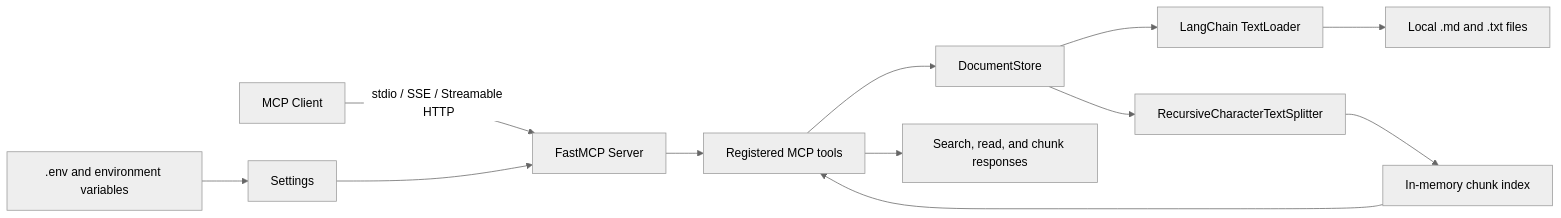
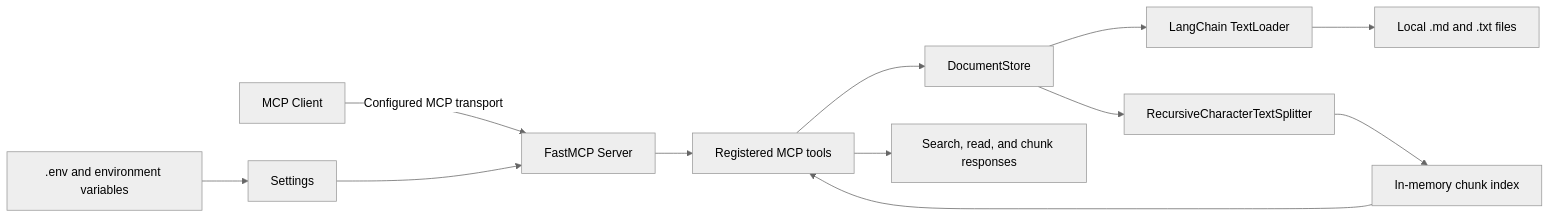
One commit to thomassuedbroecker/chaindocs_MCP_example changed the diagram in README.md. Above: the diagram before and after it, drawn with Mermaid (neutral theme). The commit also changed other lines of this file and 7 other files, not shown here.

````diff
--- a/README.md
+++ b/README.md
@@ -7,14 +7,14 @@
 ```mermaid
 flowchart LR
-    A[MCP Client] -->|stdio / SSE / Streamable HTTP| B[FastMCP Server]
+    A[MCP Client] -->|Configured MCP transport| B[FastMCP Server]
     C[.env and environment variables] --> D[Settings]
     D --> B
     B --> E[Registered MCP tools]
     E --> F[DocumentStore]
     F --> G[LangChain TextLoader]
     G --> H[Local .md and .txt files]
     F --> I[RecursiveCharacterTextSplitter]
     I --> J[In-memory chunk index]
     J --> E
     E --> K[Search, read, and chunk responses]
 ```
````
